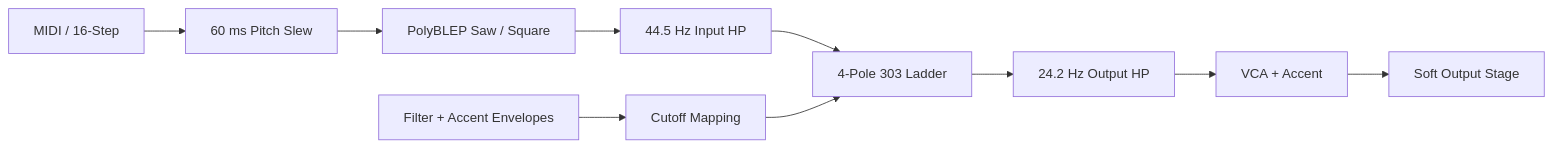
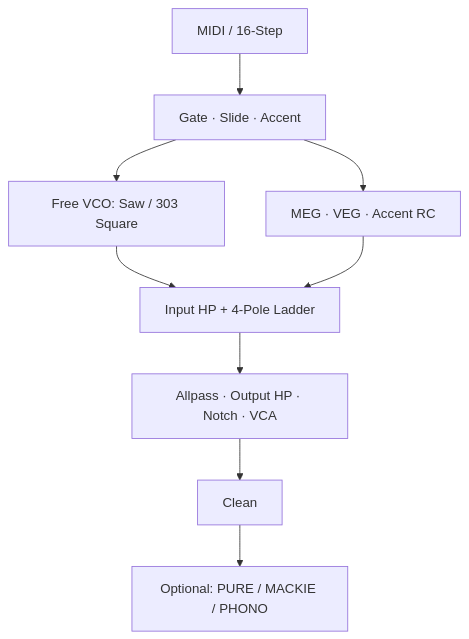
Before and after one commit to ClarkParker/ACIDIFY: the diagram in docs/CONCEPT.md, drawn with Mermaid. The commit also changed other lines of this file and 20 other files, not shown here.

````diff
--- a/docs/CONCEPT.md
+++ b/docs/CONCEPT.md
@@ -61,12 +54,11 @@
 ```mermaid
-flowchart LR
-    A["MIDI / 16-Step"] --> B["60 ms Pitch Slew"]
-    B --> C["PolyBLEP Saw / Square"]
-    C --> D["44.5 Hz Input HP"]
-    E["Filter + Accent Envelopes"] --> F["Cutoff Mapping"]
-    D --> G["4-Pole 303 Ladder"]
-    F --> G
-    G --> H["24.2 Hz Output HP"]
-    H --> I["VCA + Accent"]
-    I --> J["Soft Output Stage"]
+flowchart TD
+    A["MIDI / 16-Step"] --> B["Gate · Slide · Accent"]
+    B --> C["Free VCO: Saw / 303 Square"]
+    B --> D["MEG · VEG · Accent RC"]
+    C --> E["Input HP + 4-Pole Ladder"]
+    D --> E
+    E --> F["Allpass · Output HP · Notch · VCA"]
+    F --> G["Clean"]
+    G --> H["Optional: PURE / MACKIE / PHONO"]
 ```
````
